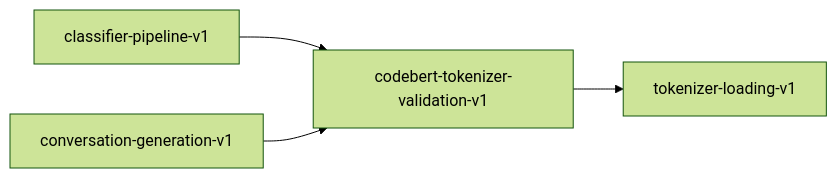
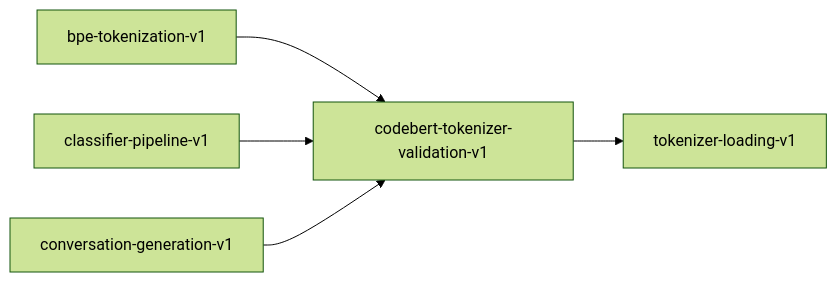
One commit to paiml/provable-contracts changed the diagram in book/src/contracts/codebert-tokenizer-validation-v1.md. Above: the diagram before and after it, drawn with Mermaid (forest theme). The commit also changed other lines of this file and 136 other files, not shown here.

````diff
--- a/book/src/contracts/codebert-tokenizer-validation-v1.md
+++ b/book/src/contracts/codebert-tokenizer-validation-v1.md
@@ -19,6 +19,7 @@
 ```mermaid
 graph LR
     codebert_tokenizer_validation_v1["codebert-tokenizer-validation-v1"] --> tokenizer_loading_v1["tokenizer-loading-v1"]
+    bpe_tokenization_v1["bpe-tokenization-v1"] --> codebert_tokenizer_validation_v1["codebert-tokenizer-validation-v1"]
     classifier_pipeline_v1["classifier-pipeline-v1"] --> codebert_tokenizer_validation_v1["codebert-tokenizer-validation-v1"]
     conversation_generation_v1["conversation-generation-v1"] --> codebert_tokenizer_validation_v1["codebert-tokenizer-validation-v1"]
 ```
````
